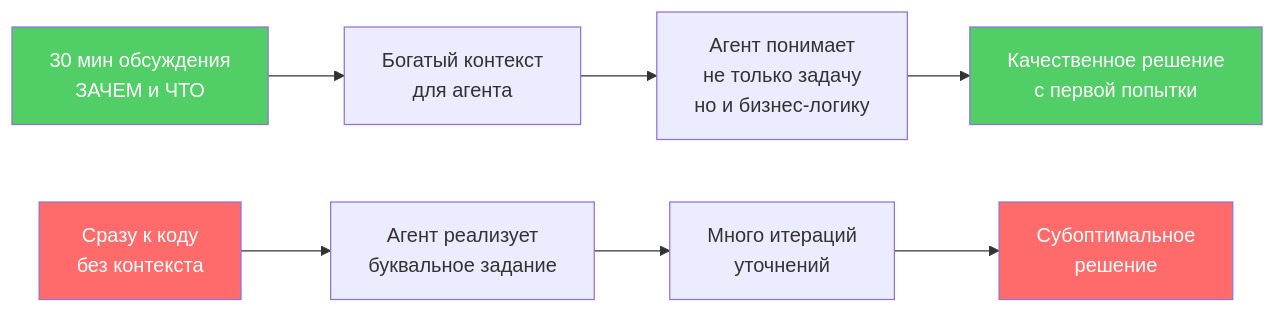
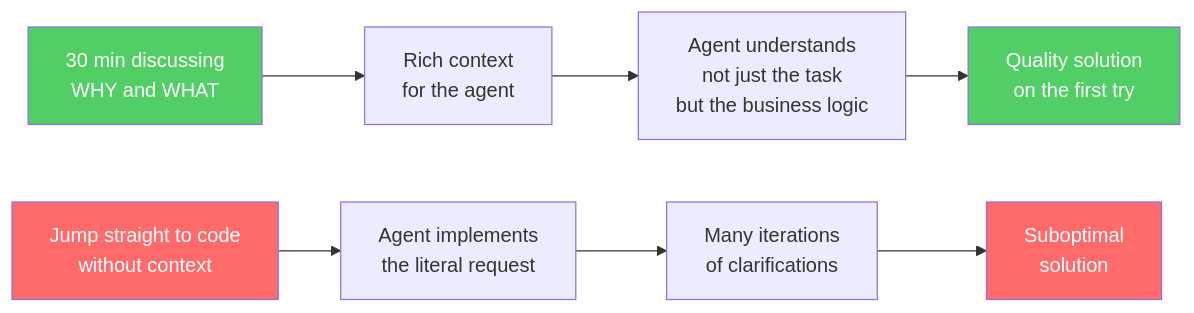
One commit to ad3002/masters-course-2025-vibe-coding changed the fourth of 16 diagrams in materials/workshop4.md. Above: the diagram before and after it, drawn with Mermaid. The commit also changed other lines of this file, not shown here.

````diff
--- a/materials/workshop4.md
+++ b/materials/workshop4.md
@@ -160,15 +160,15 @@
 ```mermaid
 graph LR
-    A[30 мин обсуждения<br/>ЗАЧЕМ и ЧТО] --> B[Богатый контекст<br/>для агента]
-    B --> C[Агент понимает<br/>не только задачу<br/>но и бизнес-логику]
-    C --> D[Качественное решение<br/>с первой попытки]
+    A[30 min discussing<br/>WHY and WHAT] --> B[Rich context<br/>for the agent]
+    B --> C[Agent understands<br/>not just the task<br/>but the business logic]
+    C --> D[Quality solution<br/>on the first try]
 
-    A2[Сразу к коду<br/>без контекста] --> B2[Агент реализует<br/>буквальное задание]
-    B2 --> C2[Много итераций<br/>уточнений]
-    C2 --> D2[Субоптимальное<br/>решение]
+    A2[Jump straight to code<br/>without context] --> B2[Agent implements<br/>the literal request]
+    B2 --> C2[Many iterations<br/>of clarifications]
+    C2 --> D2[Suboptimal<br/>solution]
 
     style A fill:#51cf66,color:#fff
     style D fill:#51cf66,color:#fff
     style A2 fill:#ff6b6b,color:#fff
     style D2 fill:#ff6b6b,color:#fff
 ```
````
